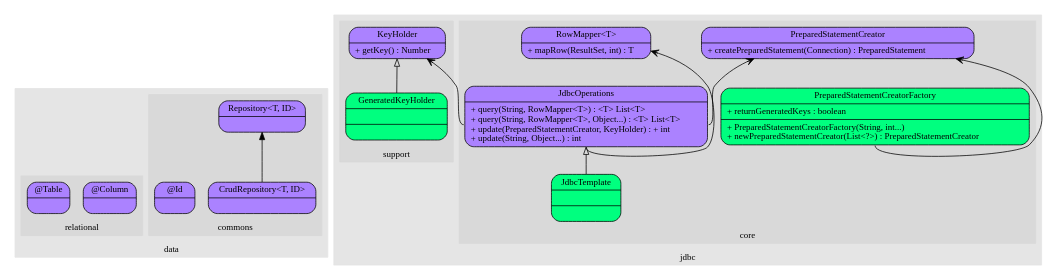
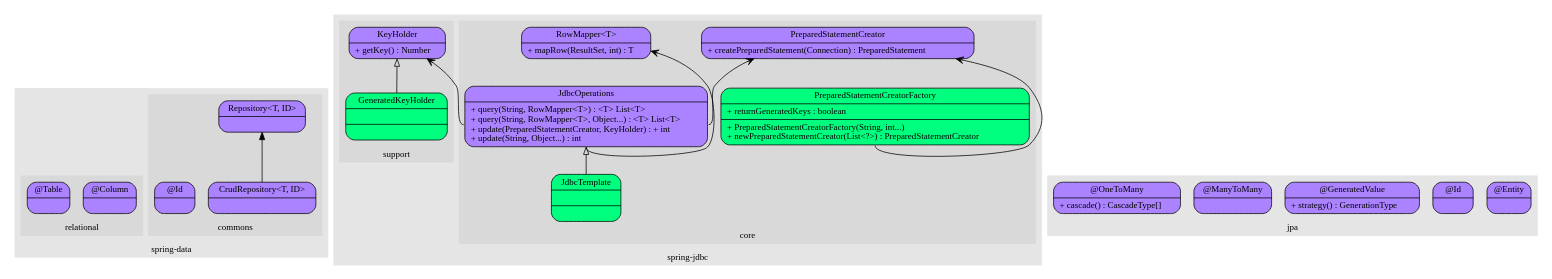
The diagram in Spring/database.dot (chris0103/spider-net), drawn with Graphviz before and after one commit.

```diff
--- a/Spring/database.dot
+++ b/Spring/database.dot
@@ -1,101 +1,113 @@
 digraph database {
 	rankdir = BT;
     fontname = "Verdana";
     fontsize = 12;
     node [fontname = "Verdana", fontsize = 12, shape = "record"];
     edge [fontname = "Verdana", fontsize = 12];
     
 	subgraph cluster25 {
-		label = "data";
+		label = "spring-data";
 		style = filled;
 		color = grey90;
 		
 		subgraph cluster50 {
 			label = "commons";
 			style = filled;
 			color = grey85;
 			CrudRepository [label = "{<f0>CrudRepository&lt;T, ID&gt;|<f2>}", style = "rounded, filled", fillcolor = "mediumpurple1"];
-			Id [label = "{<f0>@Id|<f2>}", style = "rounded, filled", fillcolor = "mediumpurple1"];
+			Id_SD [label = "{<f0>@Id|<f2>}", style = "rounded, filled", fillcolor = "mediumpurple1"];
 			Repository [label = "{<f0>Repository&lt;T, ID&gt;|}", style = "rounded, filled", fillcolor = "mediumpurple1"];
 		}
 	
 		subgraph cluster75 {
 			label = "relational";
 			style = filled;
 			color = grey85;
 			Column [label = "{<f0>@Column|<f2>}", style = "rounded, filled", fillcolor = "mediumpurple1"];
 			Table [label = "{<f0>@Table|<f2>}", style = "rounded, filled", fillcolor = "mediumpurple1"];
 		}
 	}
 	
 	subgraph cluster75 {
-		label = "jdbc";
+		label = "spring-jdbc";
 		style = filled;
 		color = grey90;
 		
 		subgraph cluster25 {
 			label = "core";
 			style = filled;
 			color = grey85;
 			JdbcOperations [label = "{<f0>JdbcOperations|<f2>+ query(String, RowMapper&lt;T&gt;) : &lt;T&gt; List&lt;T&gt;\l+ query(String, RowMapper&lt;T&gt;, Object...) : &lt;T&gt; List&lt;T&gt;\l+ update(PreparedStatementCreator, KeyHolder) : + int\l+ update(String, Object...) : int\l}", style = "rounded, filled", fillcolor = "mediumpurple1"];
 			JdbcTemplate [label = "{<f0>JdbcTemplate|<f1>|<f2>}", style = "rounded, filled", fillcolor = "springgreen"];
 			PreparedStatementCreator [label = "{<f0>PreparedStatementCreator|<f2>+ createPreparedStatement(Connection) : PreparedStatement\l}", style = "rounded, filled", fillcolor = "mediumpurple1"];
 			PreparedStatementCreatorFactory [label = "{<f0>PreparedStatementCreatorFactory|<f1>+ returnGeneratedKeys : boolean\l|<f2>+ PreparedStatementCreatorFactory(String, int...)\l+ newPreparedStatementCreator(List&lt;?&gt;) : PreparedStatementCreator\l}", style = "rounded, filled", fillcolor = "springgreen"];
 			RowMapper [label = "{<f0>RowMapper&lt;T&gt;|<f2>+ mapRow(ResultSet, int) : T\l}", style = "rounded, filled", fillcolor = "mediumpurple1"];
 		}
 		
 		subgraph cluster75 {
 			label = "support";
 			style = filled;
 			color = grey85;
 			GeneratedKeyHolder [label = "{<f0>GeneratedKeyHolder|<f1>|<f2>}", style = "rounded, filled", fillcolor = "springgreen"];
 			KeyHolder [label = "{<f0>KeyHolder|<f2>+ getKey() : Number\l}", style = "rounded, filled", fillcolor = "mediumpurple1"];
 		}
+	}
+	
+	subgraph cluster85 {
+		label = "jpa";
+		style = filled;
+		color = grey90;
+		Entity [label = "{<f0>@Entity|<f2>}", style = "rounded, filled", fillcolor = "mediumpurple1"];
+		Id_JPA [label = "{<f0>@Id|<f2>}", style = "rounded, filled", fillcolor = "mediumpurple1"];
+		GeneratedValue [label = "{<f0>@GeneratedValue|<f2>+ strategy() : GenerationType\l}", style = "rounded, filled", fillcolor = "mediumpurple1"];
+		ManyToMany [label = "{<f0>@ManyToMany|<f2>}", style = "rounded, filled", fillcolor = "mediumpurple1"];
+		OneToMany [label = "{<f0>@OneToMany|<f2>+ cascade() : CascadeType[]\l}", style = "rounded, filled", fillcolor = "mediumpurple1"];
+		
 	}
 	
 	
 	
 	/*	
 	
 	// configuration node
 	node [shape = "record", style = "rounded, filled"];
 	
 	subgraph cluster00 {
 		label = "";
 		style = filled;
 		color = grey90;
 	}
 	
 	// item_name [label = "item_label", style = "filled", fillcolor = "palegreen"];
 	// record_name [shape = "record", label = "{{<f0>interface|{<f10>(other implementers)}}|(other methods)}"];
 	// record_without_properties [shape = "record", label = "{<f0>label|<f1>value}"];
 	// record_with_properties [shape = "record", label = "{<f0>label|<f1>value|{{<f20>property|<f21>value}}}"];
 	// interface_minor [shape = "plaintext", label = "Interface_minor"];
 	// interface [label = "{<f0>Interface|<f2>+ method() : return_type\l}", style = "rounded, filled", fillcolor = "mediumpurple1"];
 	// abstract_class [label = "{<f0>Abstract_Class|<f1>+ field1 : type\l+ field2 : type\l|<f2>&#170; abstract_method() : return_type\l&#537; static_method() : return_type\l+ method() : return_type\l}", style = "rounded, filled, dashed", fillcolor = "springgreen"];
 	// class [label = "{<f0>Class|<f1>+ field1 : type\l+ field2 : type\l&#10765; final_field : type\l&#537; static_field : type\l|<f2>+ method() : return_type\l&#537; static_method() : return_type\l&#186; overriden_method() : return_type\l}", style = "rounded, filled", fillcolor = "springgreen"];
 	// bean_record [label = "{<f0>beanId|<f1>beanClass|{{<f20>property1|<f21>property2}}}"];
 	// module_record [label = "{<f0>artifactId|<f1>projectName}"];
 	*/
 	
 	JdbcTemplate -> JdbcOperations [arrowhead = "empty"];
 	JdbcOperations:f2 -> RowMapper [arrowhead = "vee"];
 	JdbcOperations:f2 -> PreparedStatementCreator [arrowhead = "vee"];
 	PreparedStatementCreatorFactory:f2 -> PreparedStatementCreator [arrowhead = "vee"];
 	JdbcOperations:f2 -> KeyHolder [arrowhead = "vee"];
 	GeneratedKeyHolder -> KeyHolder [arrowhead = "empty"];
 	
 	CrudRepository -> Repository;
 	
 	// Implementation -> Interface [arrowhead = "empty"];
 	// Subclass -> Class;
 	// SubInterface -> Interface;	
 	// Referer -> Referee [arrowhead = "vee"];
 	// Implementation -> InterfaceMinor [arrowhead = "odot"];	
 	
 	// This is commented for dot to run, but it SHOULD BE uncommented as soon as dot works fine again
 	// ****************** dot cracks from below ******************** //
 	// ill link;
 	
 	// current is current_progress_item
 }
```
